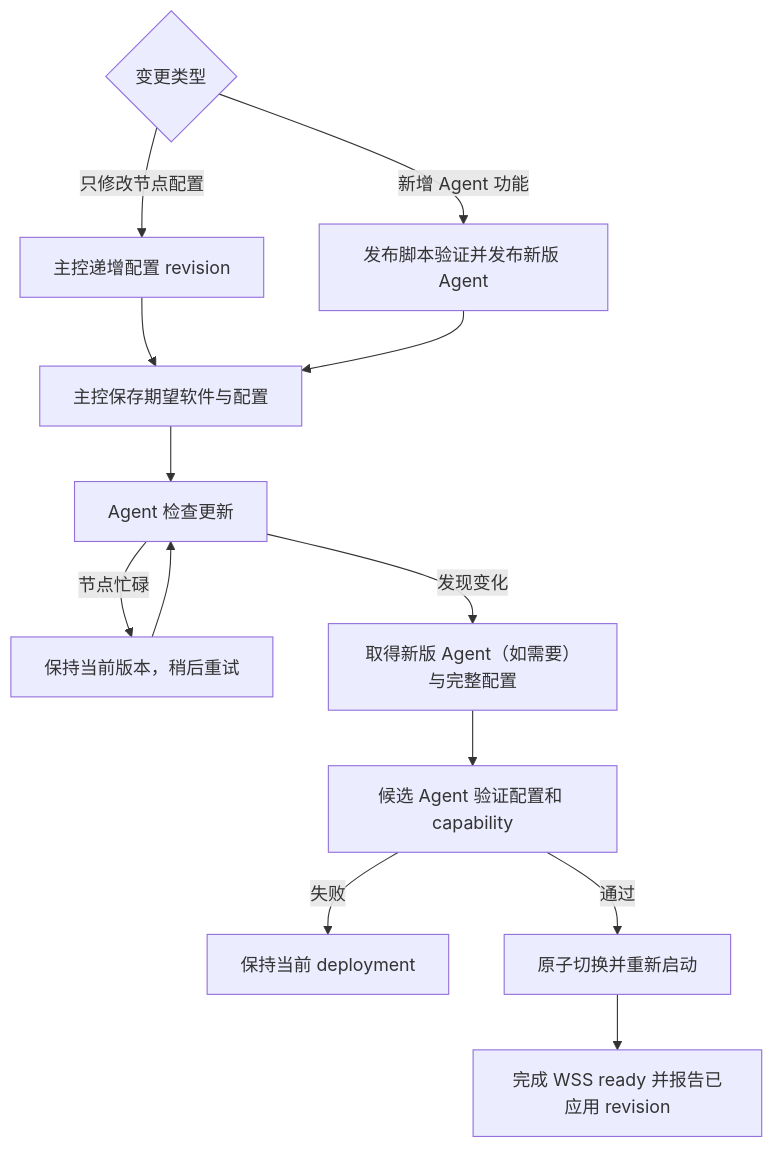
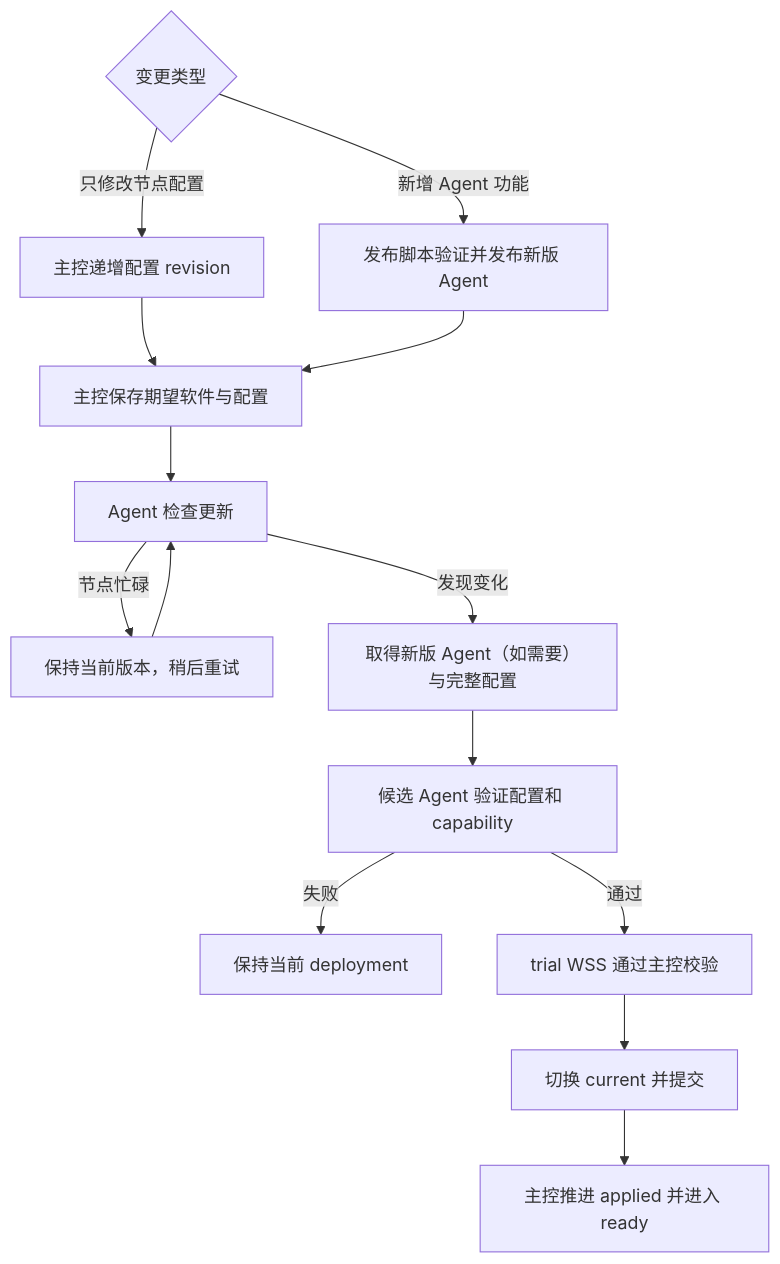
Before and after one commit to akastrmix/akastr-agent: the diagram in docs/INSTALLATION.md, drawn with Mermaid. The commit also changed other lines of this file and 14 other files, not shown here.

````diff
--- a/docs/INSTALLATION.md
+++ b/docs/INSTALLATION.md
@@ -146,16 +146,17 @@
 ```mermaid
 flowchart TD
     A{变更类型}
     A -->|只修改节点配置| B[主控递增配置 revision]
     A -->|新增 Agent 功能| C[发布脚本验证并发布新版 Agent]
     B --> D[主控保存期望软件与配置]
     C --> D
     D --> E[Agent 检查更新]
     E -->|节点忙碌| F[保持当前版本，稍后重试]
     F --> E
     E -->|发现变化| G[取得新版 Agent（如需要）与完整配置]
     G --> H[候选 Agent 验证配置和 capability]
     H -->|失败| I[保持当前 deployment]
-    H -->|通过| J[原子切换并重新启动]
-    J --> K[完成 WSS ready 并报告已应用 revision]
+    H -->|通过| J[trial WSS 通过主控校验]
+    J --> K[切换 current 并提交]
+    K --> L[主控推进 applied 并进入 ready]
 ```
````
